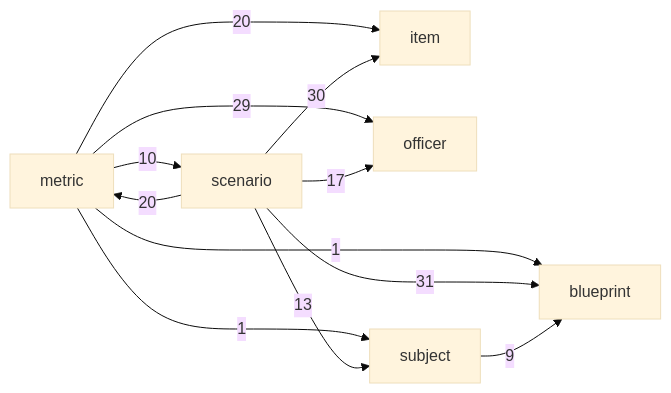
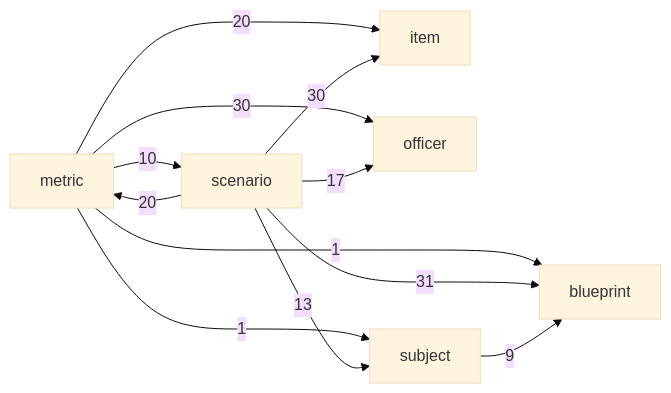
The diagram in docs/architecture.md (geraldmaron/tactically-idle), drawn with Mermaid (base theme) before and after one commit. The commit also changed other lines of this file and 9 other files, not shown here.

````diff
--- a/docs/architecture.md
+++ b/docs/architecture.md
@@ -40,14 +40,14 @@
 ```mermaid
 flowchart LR
   metric -->|1| blueprint
   metric -->|20| item
-  metric -->|29| officer
+  metric -->|30| officer
   metric -->|10| scenario
   metric -->|1| subject
   scenario -->|31| blueprint
   scenario -->|30| item
   scenario -->|20| metric
   scenario -->|17| officer
   scenario -->|13| subject
   subject -->|9| blueprint
 ```
````
